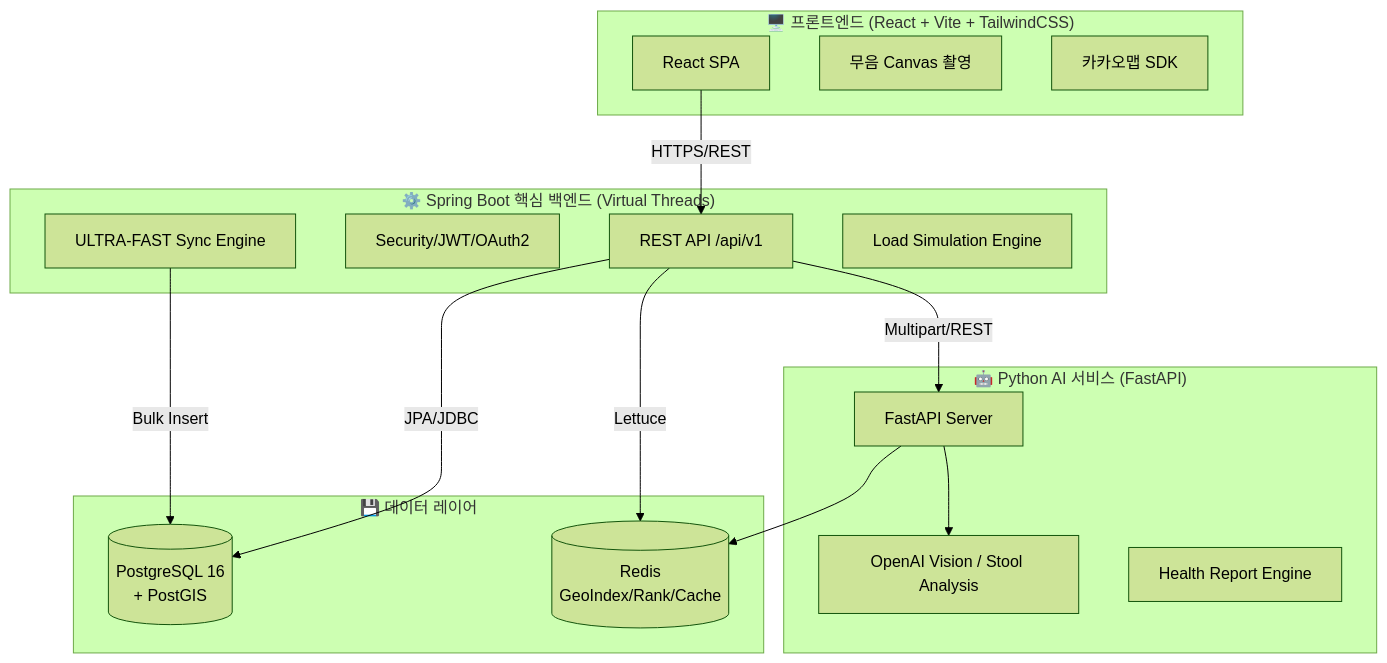
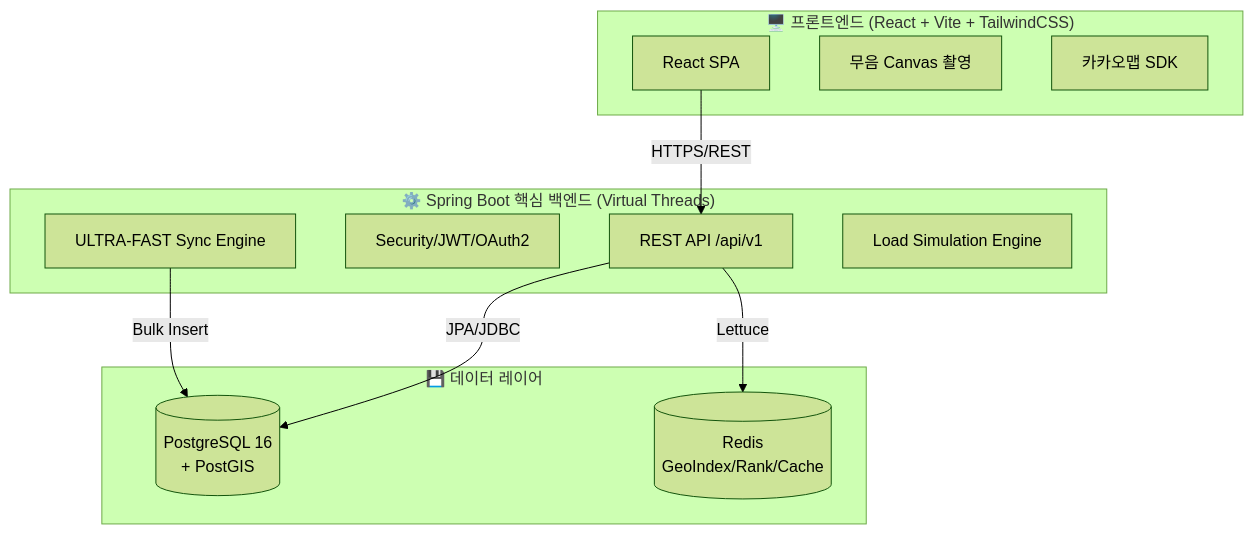
The diagram in README.md (hayohio-bit/daypoo-refactor), drawn with Mermaid (forest theme) before and after one commit. The commit also changed other lines of this file and 16 other files, not shown here.

````diff
--- a/README.md
+++ b/README.md
@@ -58,34 +57,25 @@
 ```mermaid
 graph TB
     subgraph Client["🖥️ 프론트엔드 (React + Vite + TailwindCSS)"]
         UI[React SPA]
         WebRTC[무음 Canvas 촬영]
         KakaoMap[카카오맵 SDK]
     end
 
     subgraph Backend["⚙️ Spring Boot 핵심 백엔드 (Virtual Threads)"]
         API[REST API /api/v1]
         Auth[Security/JWT/OAuth2]
         Sync[ULTRA-FAST Sync Engine]
         Simulation[Load Simulation Engine]
     end
 
-    subgraph AI["🤖 Python AI 서비스 (FastAPI)"]
-        FastAPI[FastAPI Server]
-        Vision[OpenAI Vision / Stool Analysis]
-        Report[Health Report Engine]
-    end
-
     subgraph Data["💾 데이터 레이어"]
         PG[(PostgreSQL 16 \n+ PostGIS)]
         Redis[(Redis \nGeoIndex/Rank/Cache)]
     end
 
     UI -->|HTTPS/REST| API
     API -->|JPA/JDBC| PG
     API -->|Lettuce| Redis
-    API -->|Multipart/REST| FastAPI
-    FastAPI --> Vision
-    FastAPI --> Redis
     Sync -->|Bulk Insert| PG
 ```
````
